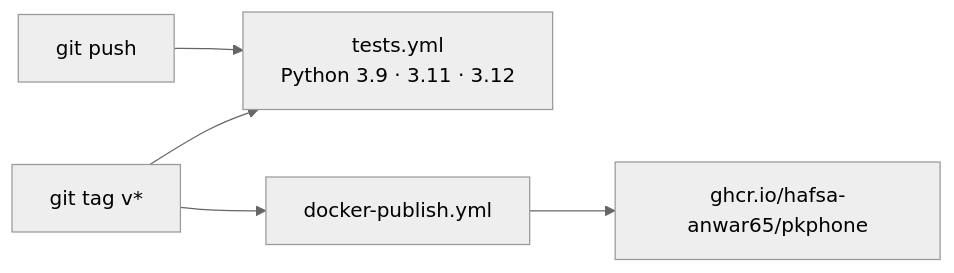
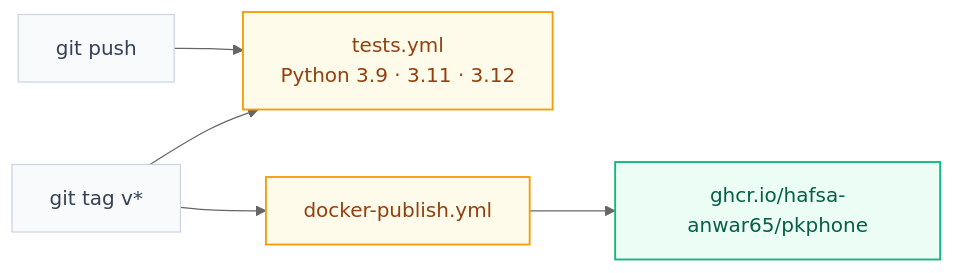
Before and after one commit to Hafsa-Anwar65/pkphone: the second of 2 diagrams in README.md, drawn with Mermaid. The commit also changed other lines of this file, not shown here.

````diff
--- a/README.md
+++ b/README.md
@@ -277,7 +241,15 @@
 ```mermaid
 %%{init: {'theme': 'neutral'}}%%
 flowchart LR
     A["git push"] --> B["tests.yml<br/>Python 3.9 · 3.11 · 3.12"]
     T["git tag v*"] --> B
     T --> C["docker-publish.yml"] --> D["ghcr.io/hafsa-anwar65/pkphone"]
+    classDef base fill:#F8FAFC,stroke:#CBD5E1,stroke-width:1px,color:#334155
+    classDef accent fill:#EEF2FF,stroke:#6366F1,stroke-width:1.5px,color:#3730A3
+    classDef check fill:#FFFBEB,stroke:#F59E0B,stroke-width:1.5px,color:#92400E
+    classDef ok fill:#ECFDF5,stroke:#10B981,stroke-width:1.5px,color:#065F46
+    classDef bad fill:#FFF1F2,stroke:#F43F5E,stroke-width:1.5px,color:#9F1239
+    class A,T base
+    class B,C check
+    class D ok
 ```
````
